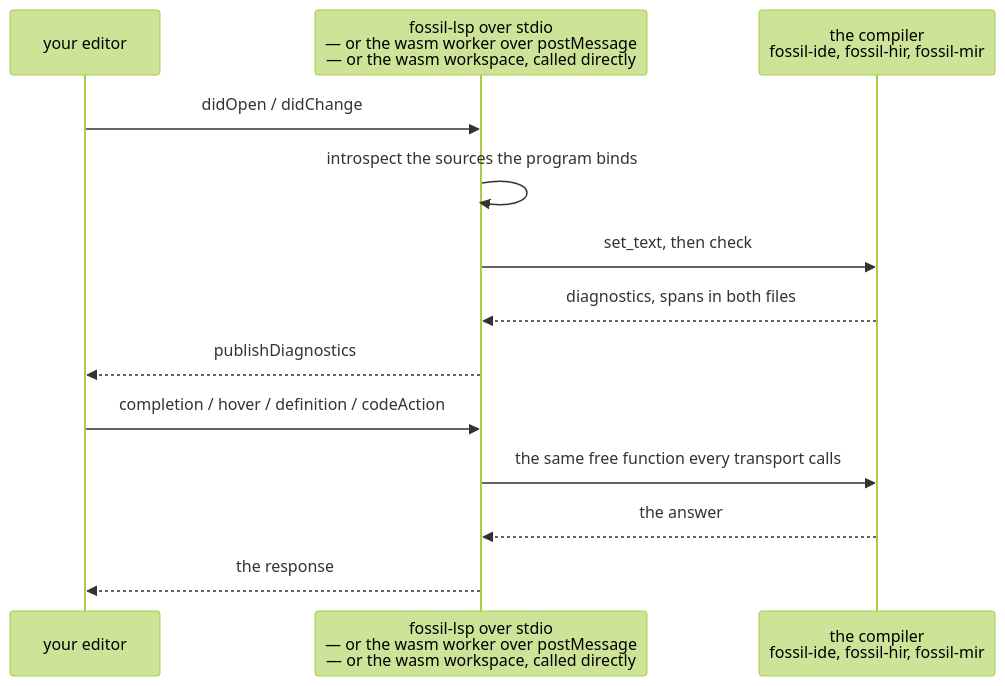
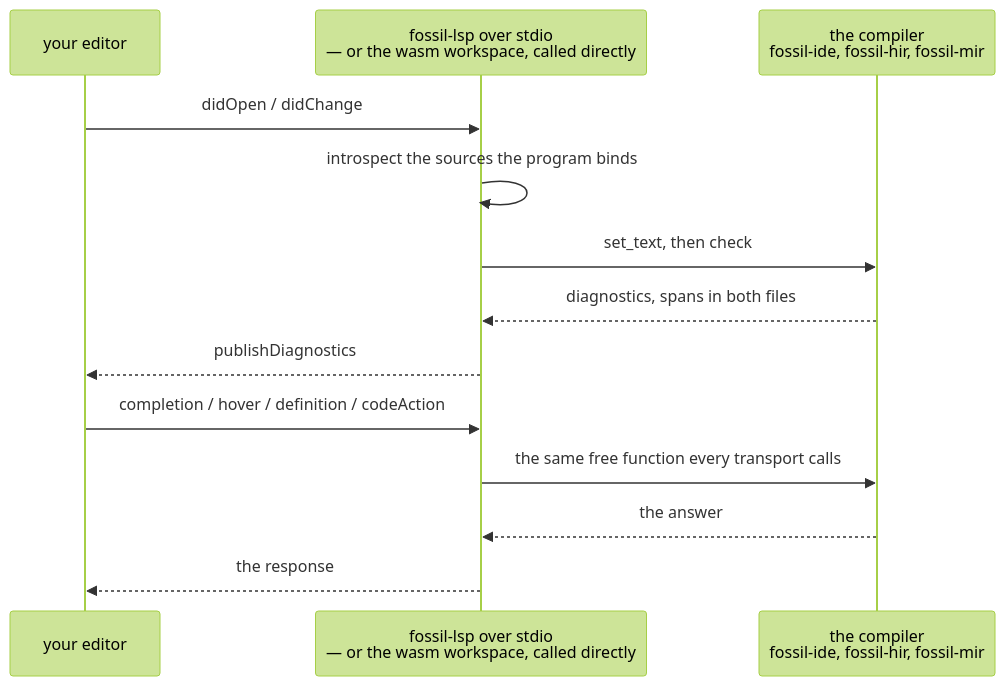
The diagram in docs/content/docs/book/editor.mdx (Kanzo-Tech/fossil-lang), drawn with Mermaid (forest theme) before and after one commit. The commit also changed other lines of this file and 1 other file, not shown here.

````diff
--- a/docs/content/docs/book/editor.mdx
+++ b/docs/content/docs/book/editor.mdx
@@ -56,15 +56,15 @@
 ```mermaid
 sequenceDiagram
   participant E as your editor
-  participant S as fossil-lsp over stdio<br/>— or the wasm worker over postMessage<br/>— or the wasm workspace, called directly
+  participant S as fossil-lsp over stdio<br/>— or the wasm workspace, called directly
   participant C as the compiler<br/>fossil-ide, fossil-hir, fossil-mir
   E->>S: didOpen / didChange
   S->>S: introspect the sources the program binds
   S->>C: set_text, then check
   C-->>S: diagnostics, spans in both files
   S-->>E: publishDiagnostics
   E->>S: completion / hover / definition / codeAction
   S->>C: the same free function every transport calls
   C-->>S: the answer
   S-->>E: the response
 ```
````
